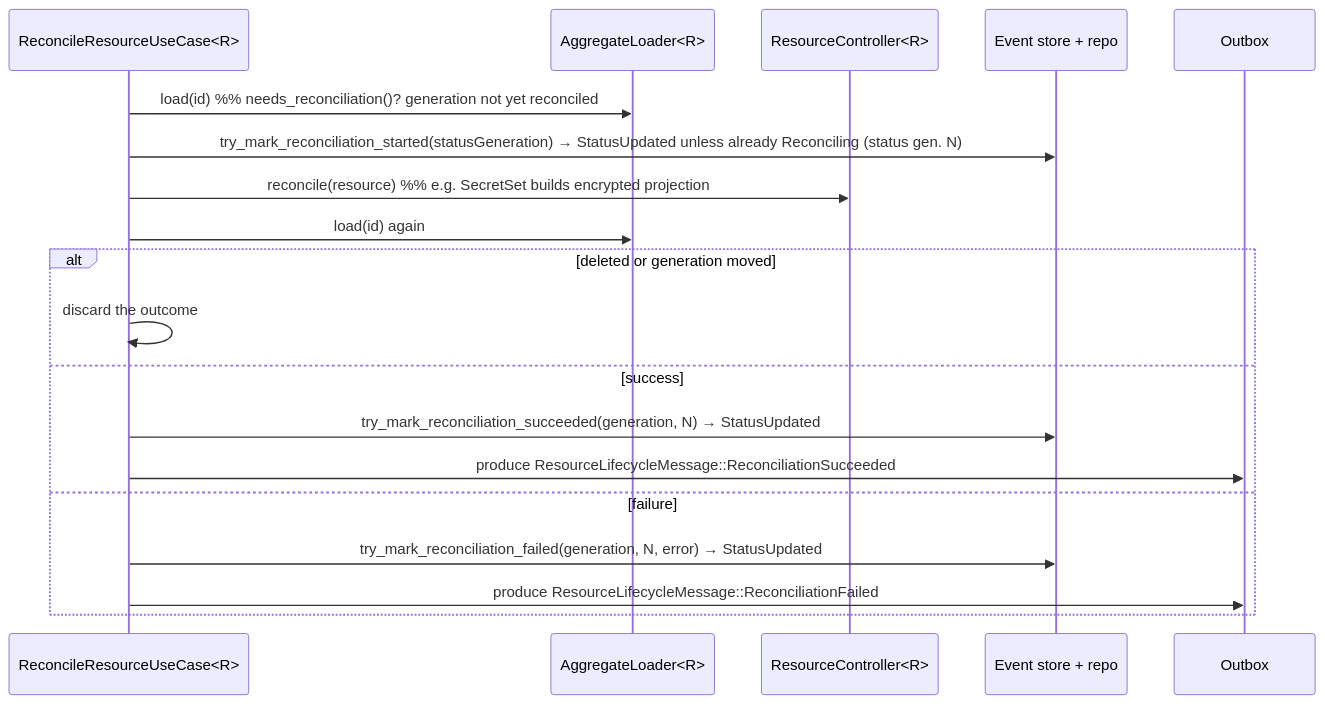
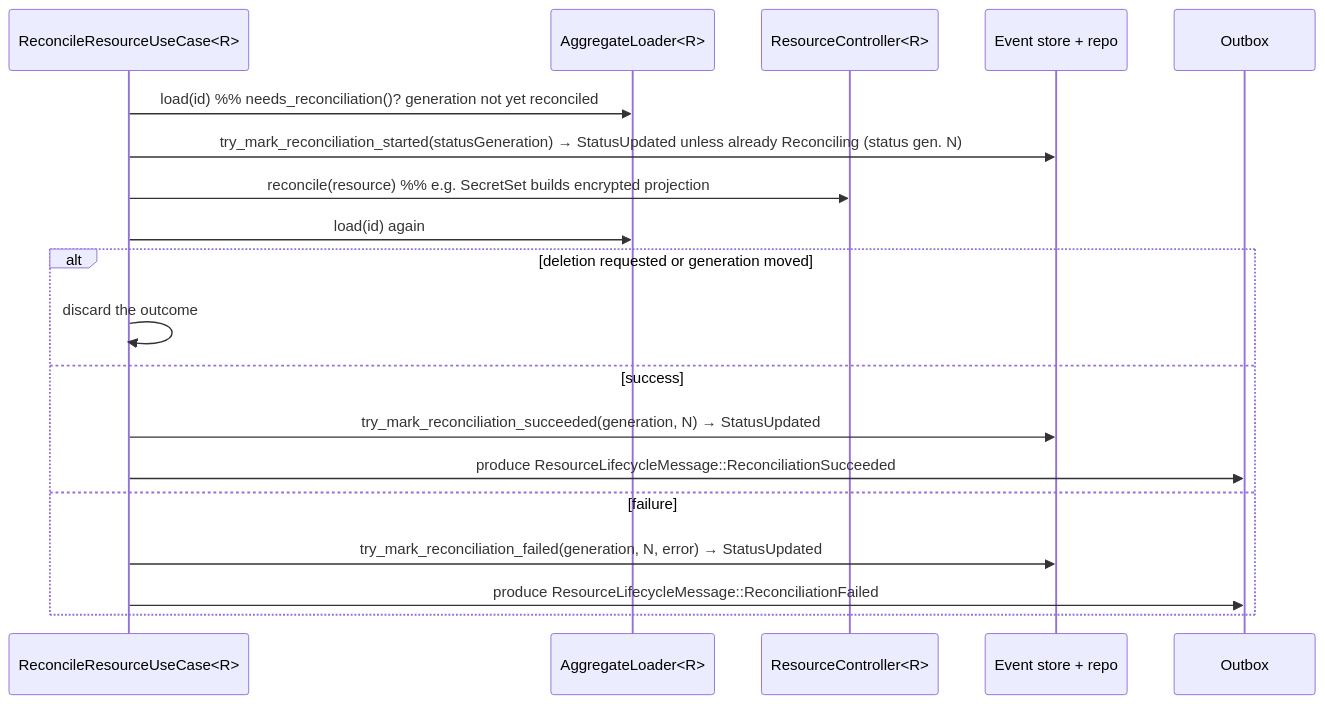
One commit to kamu-data/kamu-cli changed the third of 6 diagrams in docs/internal/resources-framework.md. Above: the diagram before and after it, drawn with Mermaid. The commit also changed other lines of this file and 11 other files, not shown here.

````diff
--- a/docs/internal/resources-framework.md
+++ b/docs/internal/resources-framework.md
@@ -1259,22 +1301,22 @@
 ```mermaid
 sequenceDiagram
     participant UC as ReconcileResourceUseCase<R>
     participant L as AggregateLoader<R>
     participant Ctl as ResourceController<R>
     participant ST as Event store + repo
     participant OB as Outbox
 
     UC->>L: load(id)  %% needs_reconciliation()? generation not yet reconciled
     UC->>ST: try_mark_reconciliation_started(statusGeneration) → StatusUpdated unless already Reconciling (status gen. N)
     UC->>Ctl: reconcile(resource)  %% e.g. SecretSet builds encrypted projection
     UC->>L: load(id) again
-    alt deleted or generation moved
+    alt deletion requested or generation moved
         UC->>UC: discard the outcome
     else success
         UC->>ST: try_mark_reconciliation_succeeded(generation, N) → StatusUpdated
         UC->>OB: produce ResourceLifecycleMessage::ReconciliationSucceeded
     else failure
         UC->>ST: try_mark_reconciliation_failed(generation, N, error) → StatusUpdated
         UC->>OB: produce ResourceLifecycleMessage::ReconciliationFailed
     end
 ```
````
